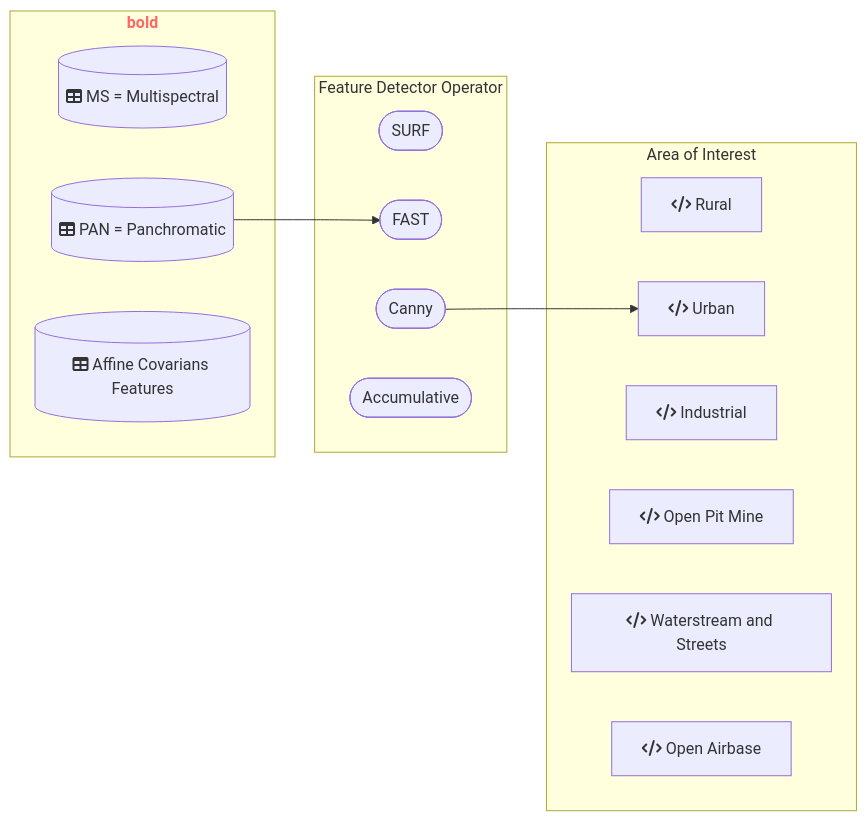
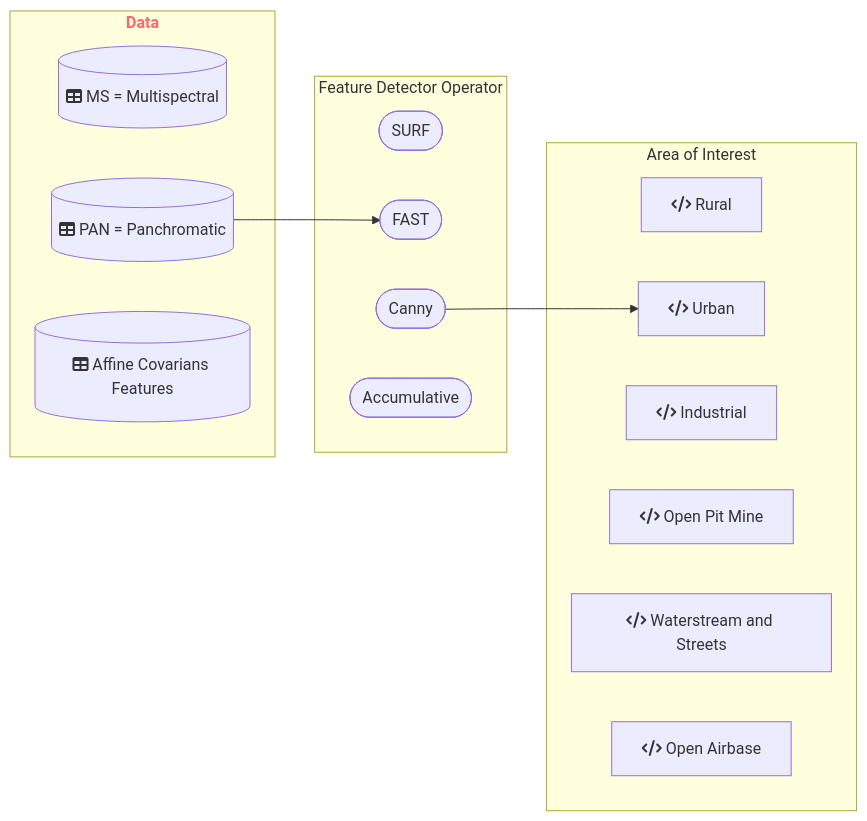
The diagram in Application/README.md (DippoldEJ/Feature-Detection-and-Explanation), drawn with Mermaid before and after one commit.

````diff
--- a/Application/README.md
+++ b/Application/README.md
@@ -13,31 +13,31 @@
 ```mermaid
 flowchart LR;
 
- subgraph n["`**bold**`"]
+ subgraph n["`**Data**`"]
         g[(fa:fa-table MS = Multispectral)]
         h[(fa:fa-table PAN = Panchromatic)]
         i[(fa:fa-table Affine Covarians Features)]
     end
 
  subgraph o[Feature Detector Operator]
         j([SURF])
         k([FAST])
         l([Canny])
         m([Accumulative])
     end
 
 subgraph p[Area of Interest]
     a[fa:fa-code Rural]
     b[fa:fa-code Urban]
     c[fa:fa-code Industrial]
     d[fa:fa-code Open Pit Mine]
     e[fa:fa-code Waterstream and Streets]
     f[fa:fa-code Open Airbase]
     end
 
 style n color:#f66
 
 h-->k
 l-->b
 
 ```
````
